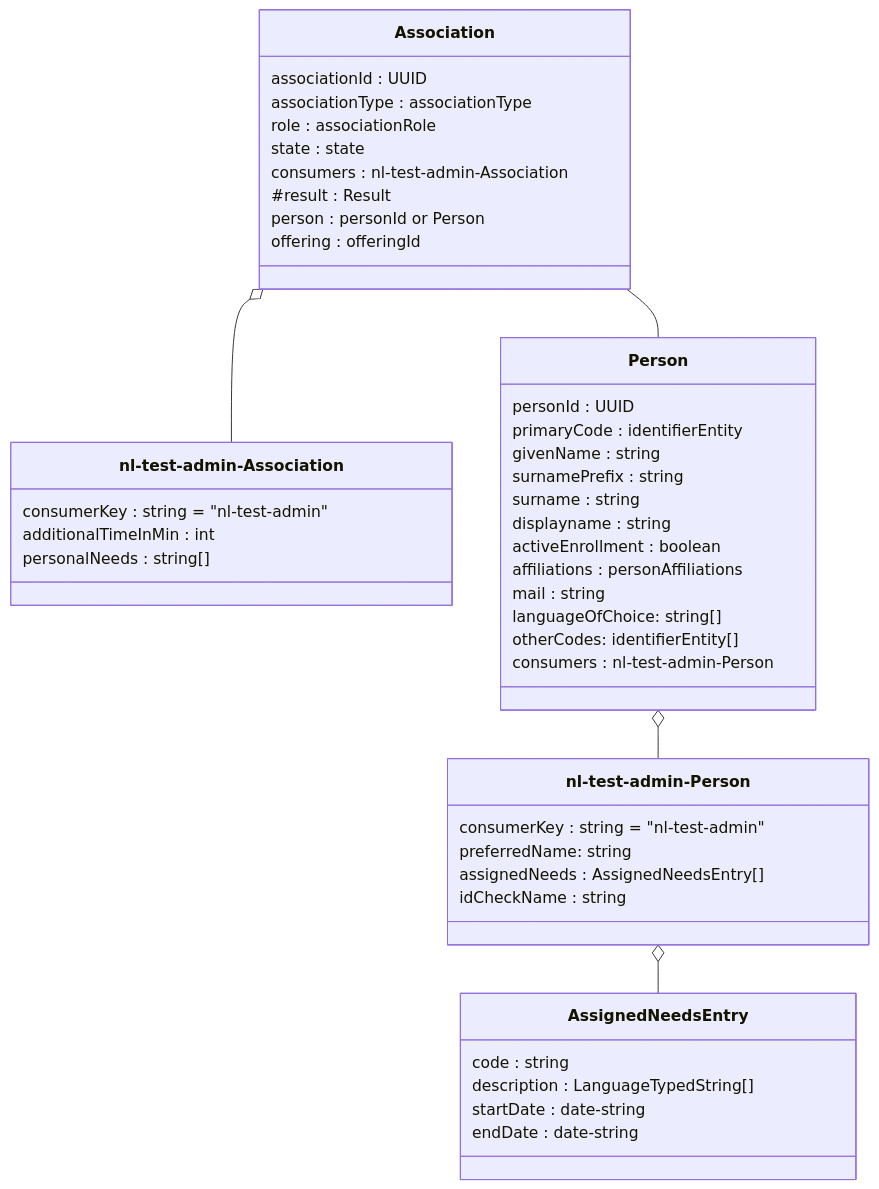
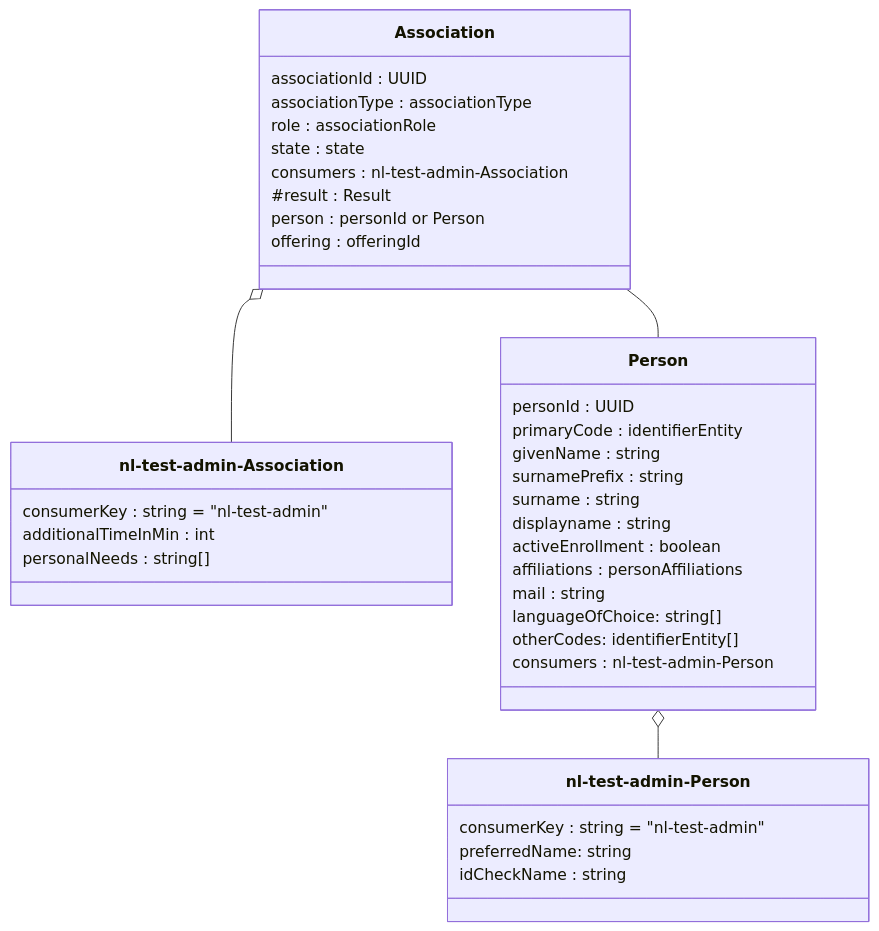
Before and after one commit to NetwerkExamineringDigitalisering/NED-OOAPI: the fourth of 10 diagrams in doc/flow2.md, drawn with Mermaid. The commit also changed other lines of this file, not shown here.

````diff
--- a/doc/flow2.md
+++ b/doc/flow2.md
@@ -165,52 +165,44 @@
 ```mermaid
 classDiagram
     class Association {
     	associationId : UUID
 		associationType : associationType
 		role : associationRole
 		state : state
 		consumers : nl-test-admin-Association
 	#	result : Result
 		person : personId or Person
 		offering : offeringId
     }
     class `nl-test-admin-Association` {
     	consumerKey : string = "nl-test-admin"
 		additionalTimeInMin : int
 		personalNeeds : string[]
     }
     class Person {
 		personId : UUID
 		primaryCode : identifierEntity
 		givenName : string
 		surnamePrefix : string 
 		surname : string
 		displayname : string
 		activeEnrollment : boolean 
 		affiliations : personAffiliations
 		mail : string
 		languageOfChoice: string[]
 		otherCodes: identifierEntity[]
 		consumers : nl-test-admin-Person
     }
 
     class `nl-test-admin-Person` {
     	consumerKey : string = "nl-test-admin"
         preferredName: string
-    	assignedNeeds : AssignedNeedsEntry[]
 	    idCheckName : string
     }
 
-    class AssignedNeedsEntry {
-		code : string
-	    description : LanguageTypedString[]
-	    startDate : date-string
-	    endDate : date-string
-    }
 
     Association o-- `nl-test-admin-Association`
     Association -- Person
     Person o-- `nl-test-admin-Person`
-    `nl-test-admin-Person` o-- AssignedNeedsEntry
 
 ```
````
